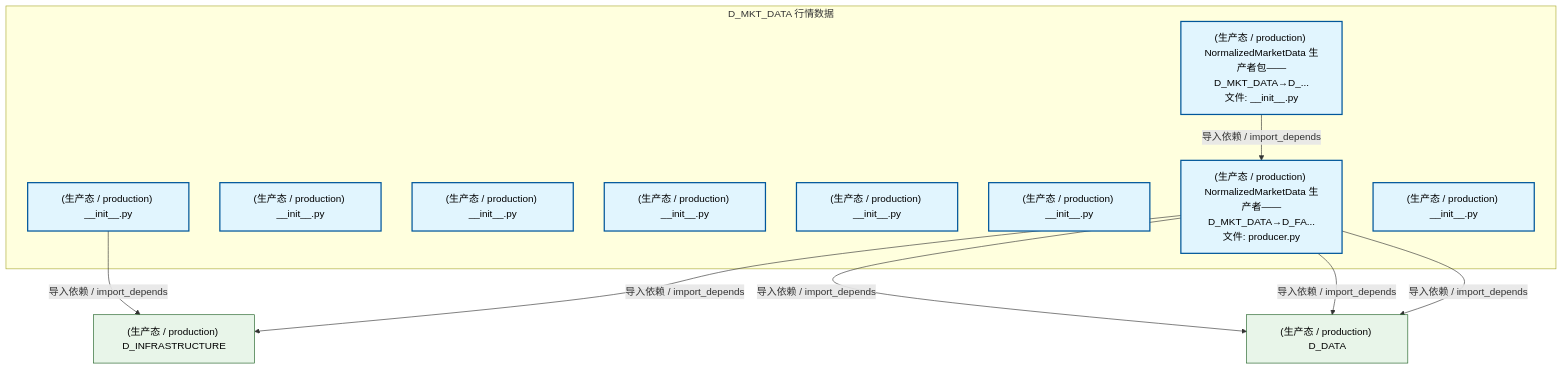
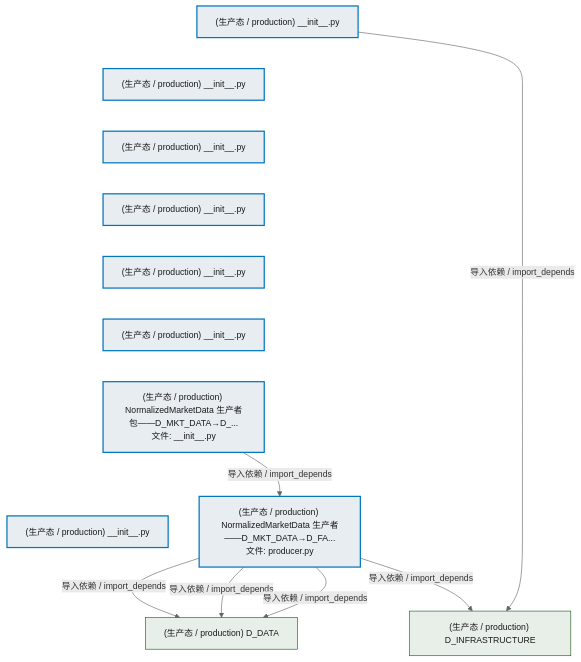
Before and after one commit to xuanFelixVan/ZephyrAlpha: the first of 3 diagrams in docs/02_enterprise_architecture/02_domain_architecture_docs/23_d_mkt_data.md, drawn with Mermaid. The commit also changed other lines of this file and 76 other files, not shown here.

````diff
--- a/docs/02_enterprise_architecture/02_domain_architecture_docs/23_d_mkt_data.md
+++ b/docs/02_enterprise_architecture/02_domain_architecture_docs/23_d_mkt_data.md
@@ -69,28 +69,34 @@
 ```mermaid
-graph TD
-    subgraph D_MKT_DATA["D_MKT_DATA 行情数据"]
-        src_zephyr_market_data_init_py["(生产态 / production) __init__.py"]
-        src_zephyr_market_data_extensions_init_py["(生产态 / production) __init__.py"]
-        src_zephyr_market_data_api_init_py["(生产态 / production) __init__.py"]
-        src_zephyr_market_data_core_init_py["(生产态 / production) __init__.py"]
-        src_zephyr_market_data_infrastructure_init_py["(生产态 / production) __init__.py"]
-        src_zephyr_market_data_models_init_py["(生产态 / production) __init__.py"]
-        src_zephyr_market_data_normalized_market_data_producer_init_py["(生产态 / production) NormalizedMarketData 生产者包——D_MKT_DATA→D_...<br/>文件: __init__.py"]
-        src_zephyr_market_data_normalized_market_data_producer_producer_py["(生产态 / production) NormalizedMarketData 生产者——D_MKT_DATA→D_FA...<br/>文件: producer.py"]
-        src_zephyr_market_data_services_init_py["(生产态 / production) __init__.py"]
-    end
+%%{init: {'theme': 'base', 'themeVariables': {'primaryColor': '#eaeaea', 'primaryTextColor': '#333333', 'primaryBorderColor': '#666666', 'lineColor': '#666666', 'secondaryColor': '#eaeaea', 'tertiaryColor': '#eaeaea', 'fontSize': '14px'}}}%%
+flowchart TD
+    src_zephyr_market_data_init_py["(生产态 / production) __init__.py"]
+    src_zephyr_market_data_extensions_init_py["(生产态 / production) __init__.py"]
+    src_zephyr_market_data_api_init_py["(生产态 / production) __init__.py"]
+    src_zephyr_market_data_core_init_py["(生产态 / production) __init__.py"]
+    src_zephyr_market_data_infrastructure_init_py["(生产态 / production) __init__.py"]
+    src_zephyr_market_data_models_init_py["(生产态 / production) __init__.py"]
+    src_zephyr_market_data_normalized_market_data_producer_init_py["(生产态 / production) NormalizedMarketData 生产者包——D_MKT_DATA→D_...<br/>文件: __init__.py"]
+    src_zephyr_market_data_services_init_py["(生产态 / production) __init__.py"]
+    src_zephyr_market_data_init_py ~~~ src_zephyr_market_data_extensions_init_py
+    src_zephyr_market_data_extensions_init_py ~~~ src_zephyr_market_data_api_init_py
+    src_zephyr_market_data_api_init_py ~~~ src_zephyr_market_data_core_init_py
+    src_zephyr_market_data_core_init_py ~~~ src_zephyr_market_data_infrastructure_init_py
+    src_zephyr_market_data_infrastructure_init_py ~~~ src_zephyr_market_data_models_init_py
+    src_zephyr_market_data_models_init_py ~~~ src_zephyr_market_data_normalized_market_data_producer_init_py
+    src_zephyr_market_data_normalized_market_data_producer_init_py ~~~ src_zephyr_market_data_services_init_py
+    src_zephyr_market_data_normalized_market_data_producer_producer_py["(生产态 / production) NormalizedMarketData 生产者——D_MKT_DATA→D_FA...<br/>文件: producer.py"]
     src_zephyr_market_data_normalized_market_data_producer_init_py -->|导入依赖 / import_depends| src_zephyr_market_data_normalized_market_data_producer_producer_py
     D_INFRASTRUCTURE["(生产态 / production) D_INFRASTRUCTURE"]
-    src_zephyr_market_data_init_py -->|导入依赖 / import_depends| D_INFRASTRUCTURE
     src_zephyr_market_data_normalized_market_data_producer_producer_py -->|导入依赖 / import_depends| D_INFRASTRUCTURE
     D_DATA["(生产态 / production) D_DATA"]
     src_zephyr_market_data_normalized_market_data_producer_producer_py -->|导入依赖 / import_depends| D_DATA
     src_zephyr_market_data_normalized_market_data_producer_producer_py -->|导入依赖 / import_depends| D_DATA
     src_zephyr_market_data_normalized_market_data_producer_producer_py -->|导入依赖 / import_depends| D_DATA
-    classDef production fill:#e1f5fe,stroke:#01579b,stroke-width:2px,color:#000
-    classDef design fill:#fff3e0,stroke:#e65100,stroke-width:2px,color:#000,stroke-dasharray: 5 5
-    classDef external_prod fill:#e8f5e9,stroke:#1b5e20,stroke-width:1px,color:#000
-    classDef external_design fill:#fce4ec,stroke:#880e4f,stroke-width:1px,color:#000,stroke-dasharray: 5 5
+    src_zephyr_market_data_init_py -->|导入依赖 / import_depends| D_INFRASTRUCTURE
+    classDef production fill:#e8edf2,stroke:#0277bd,stroke-width:2px,color:#1a1a1a
+    classDef design fill:#f0ebe3,stroke:#bf360c,stroke-width:2px,color:#1a1a1a,stroke-dasharray: 5 5
+    classDef external_prod fill:#e8efe9,stroke:#1b5e20,stroke-width:1px,color:#1a1a1a
+    classDef external_design fill:#efe5ea,stroke:#880e4f,stroke-width:1px,color:#1a1a1a,stroke-dasharray: 5 5
     class src_zephyr_market_data_init_py,src_zephyr_market_data_extensions_init_py,src_zephyr_market_data_api_init_py,src_zephyr_market_data_core_init_py,src_zephyr_market_data_infrastructure_init_py,src_zephyr_market_data_models_init_py,src_zephyr_market_data_normalized_market_data_producer_init_py,src_zephyr_market_data_normalized_market_data_producer_producer_py,src_zephyr_market_data_services_init_py production
     class D_INFRASTRUCTURE,D_DATA external_prod
 ```
````
